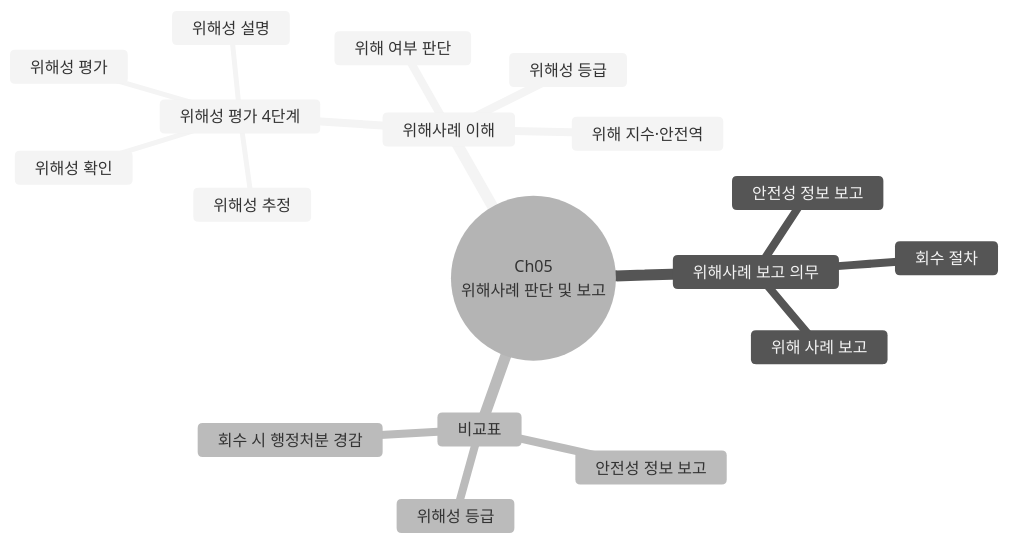
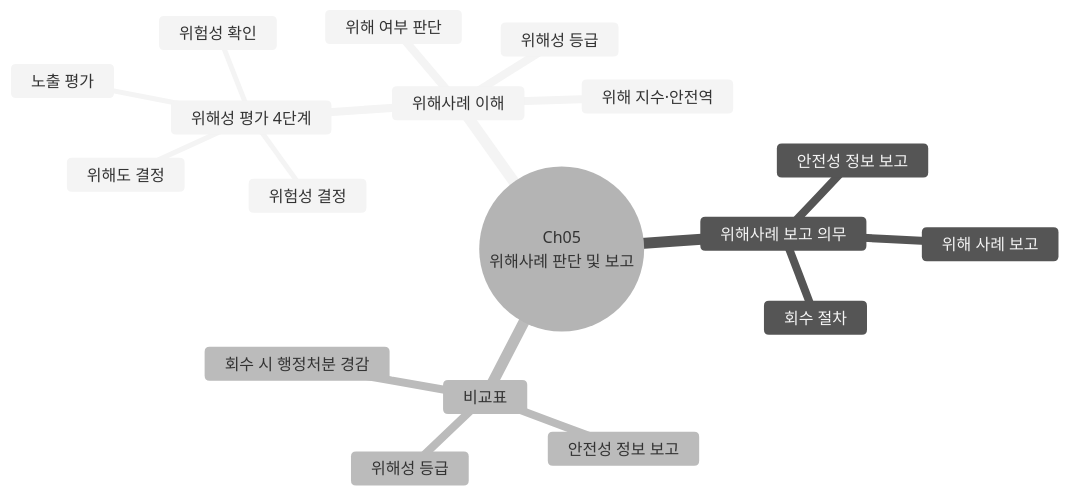
Diagram 19 of 20 in content/교재/manufacturing/2과목_제조및품질관리_표준형.md (skygoldlee-cyber/Personalized_Skincare), drawn with Mermaid (neutral theme) before and after one commit. The commit also changed other lines of this file and 8 other files, not shown here.

````diff
--- a/content/교재/manufacturing/2과목_제조및품질관리_표준형.md
+++ b/content/교재/manufacturing/2과목_제조및품질관리_표준형.md
@@ -3192,21 +3192,21 @@
 ```mermaid
 mindmap
  root((Ch05<br/>위해사례 판단 및 보고))
   위해사례 이해
    위해 여부 판단
    위해성 평가 4단계
-    위해성 확인
-    위해성 설명
-    위해성 추정
-    위해성 평가
+    위험성 확인
+    위험성 결정
+    노출 평가
+    위해도 결정
    위해 지수·안전역
    위해성 등급
   위해사례 보고 의무
    위해 사례 보고
    안전성 정보 보고
    회수 절차
   비교표
    위해성 등급
    안전성 정보 보고
    회수 시 행정처분 경감
 ```
````
